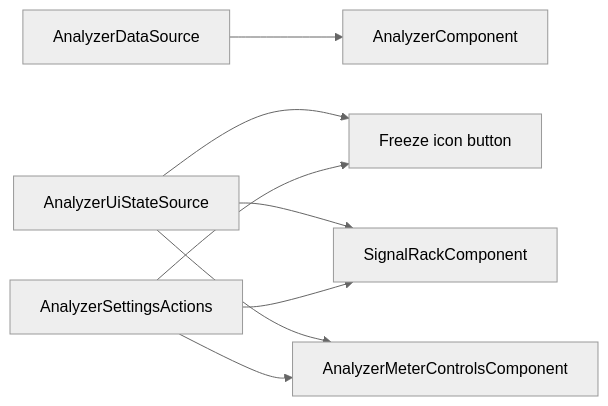
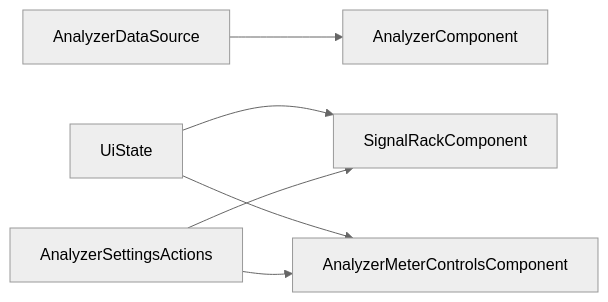
Before and after one commit to Silenterc/Band-Spectrum-Analyzer: the third of 10 diagrams in docs/ui-architecture.md, drawn with Mermaid (neutral theme). The commit also changed other lines of this file and 17 other files, not shown here.

````diff
--- a/docs/ui-architecture.md
+++ b/docs/ui-architecture.md
@@ -48,11 +45,9 @@
 ```mermaid
 flowchart LR
     DataSource[AnalyzerDataSource] --> Plot[AnalyzerComponent]
-    UiState[AnalyzerUiStateSource] --> Freeze[Freeze icon button]
     UiState --> Rack[SignalRackComponent]
-    UiState --> MeterRail[AnalyzerMeterControlsComponent]
+    UiState --> SideStrip[AnalyzerMeterControlsComponent]
 
     Settings[AnalyzerSettingsActions] --> Rack
-    Settings --> MeterRail
-    Settings --> Freeze[Freeze icon button]
+    Settings --> SideStrip[AnalyzerMeterControlsComponent]
 ```
````
